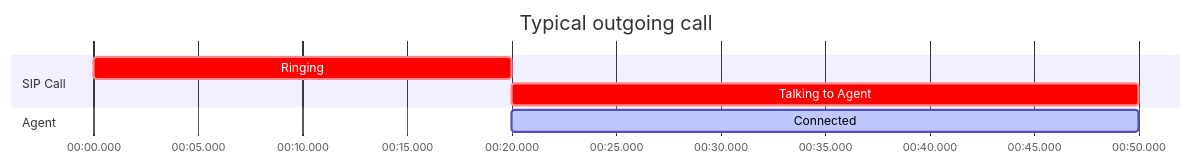
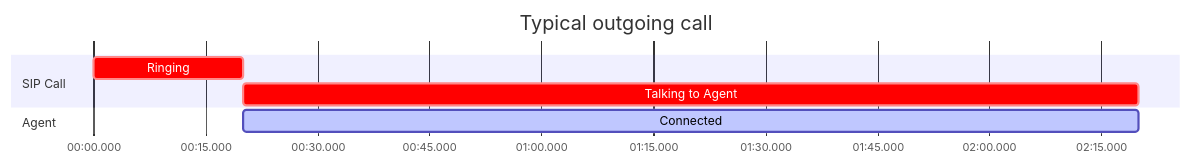
Before and after one commit to fixie-ai/ultradox: the first of 7 diagrams in telephony/sip.mdx, drawn with Mermaid. The commit also changed other lines of this file, not shown here.

````diff
--- a/telephony/sip.mdx
+++ b/telephony/sip.mdx
@@ -140,13 +140,13 @@
 ```mermaid
 gantt
     title Typical outgoing call
     dateFormat x
     axisFormat %M:%S.%L
 
     section SIP Call
     Ringing                    :crit, 0, 20000ms
-    Talking to Agent           :crit, 30000ms
+    Talking to Agent           :crit, 120000ms
 
     section Agent
-    Connected         :active, 20000, 30000ms
+    Connected         :active, 20000, 120000ms
 ```
````
